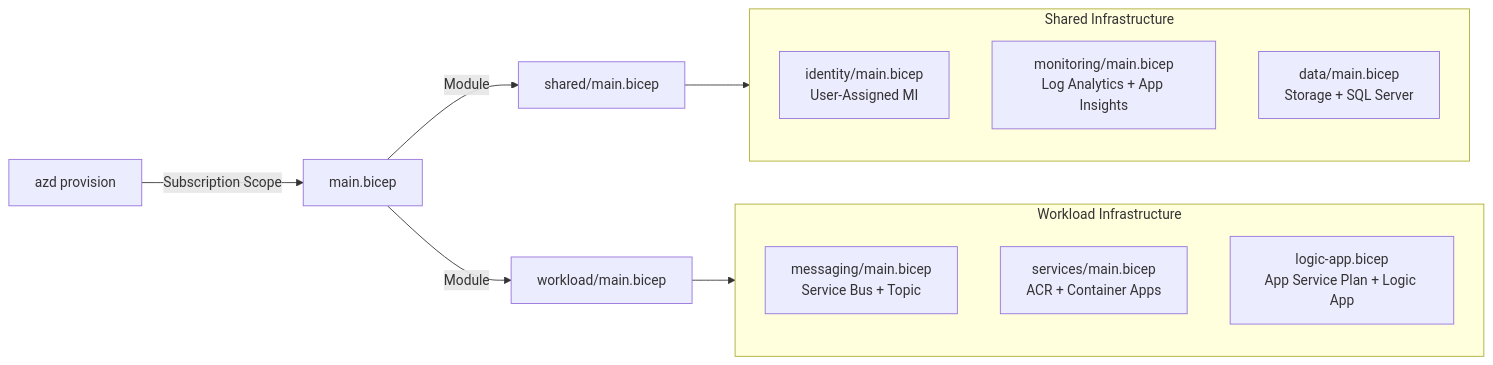
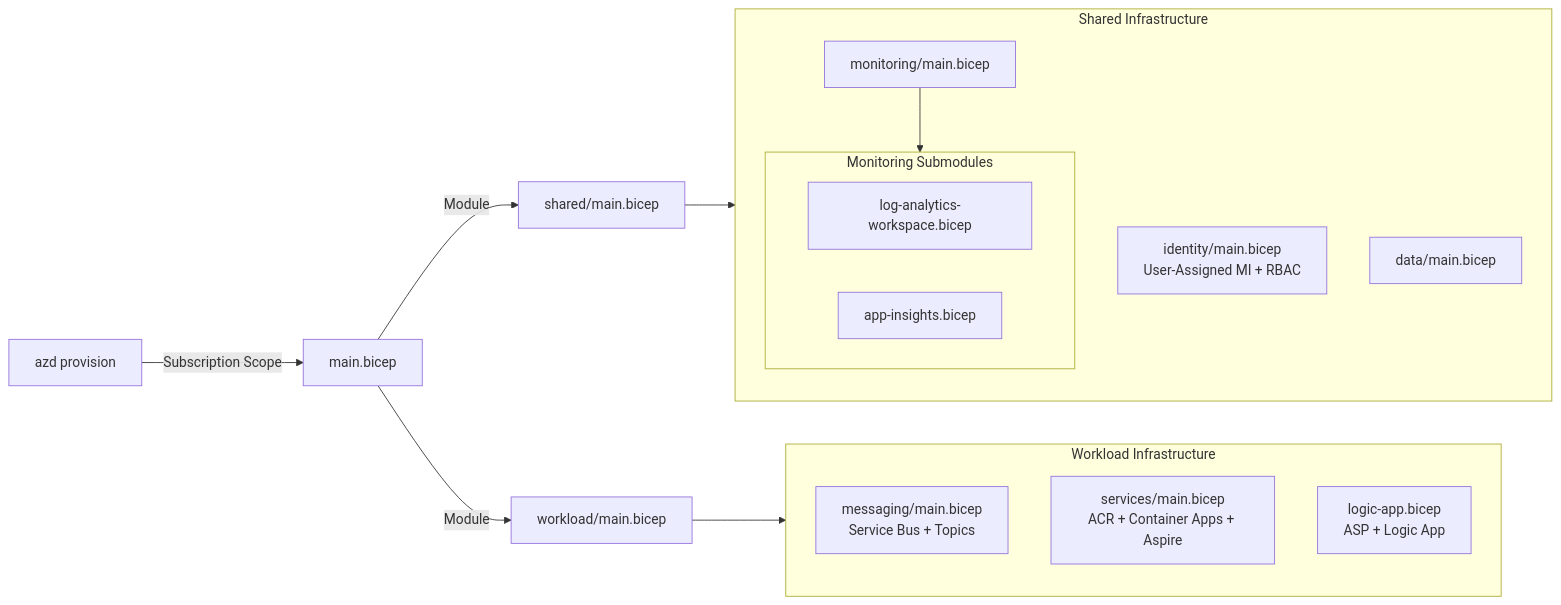
Before and after one commit to Evilazaro/Azure-LogicApps-Monitoring: diagram 13 of 16 in README.MD, drawn with Mermaid. The commit also changed other lines of this file, not shown here.

````diff
--- a/README.MD
+++ b/README.MD
@@ -366,22 +537,29 @@
 ```mermaid
 flowchart LR
     AZD["azd provision"] -->|"Subscription Scope"| MainBicep["main.bicep"]
     
     MainBicep -->|"Module"| Shared["shared/main.bicep"]
     MainBicep -->|"Module"| Workload["workload/main.bicep"]
     
     subgraph SharedModule["Shared Infrastructure"]
-        Identity["identity/main.bicep<br/>User-Assigned MI"]
-        Monitoring["monitoring/main.bicep<br/>Log Analytics + App Insights"]
-        DataModule["data/main.bicep<br/>Storage + SQL Server"]
+        Identity["identity/main.bicep<br/>User-Assigned MI + RBAC"]
+        Monitoring["monitoring/main.bicep"]
+        DataModule["data/main.bicep"]
+        
+        subgraph MonitoringChildren["Monitoring Submodules"]
+            LAW["log-analytics-workspace.bicep"]
+            AI["app-insights.bicep"]
+        end
+        
+        Monitoring --> MonitoringChildren
     end
     
     subgraph WorkloadModule["Workload Infrastructure"]
-        MessagingMod["messaging/main.bicep<br/>Service Bus + Topic"]
-        Services["services/main.bicep<br/>ACR + Container Apps"]
-        LogicAppMod["logic-app.bicep<br/>App Service Plan + Logic App"]
+        MessagingMod["messaging/main.bicep<br/>Service Bus + Topics"]
+        Services["services/main.bicep<br/>ACR + Container Apps + Aspire"]
+        LogicAppMod["logic-app.bicep<br/>ASP + Logic App"]
     end
     
     Shared --> SharedModule
     Workload --> WorkloadModule
 ```
````
